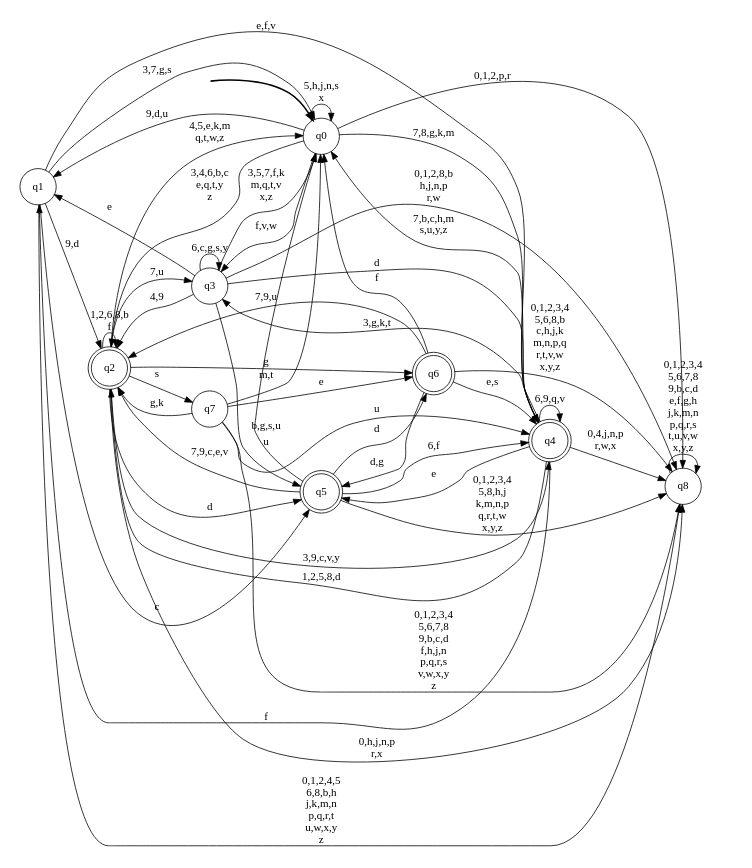
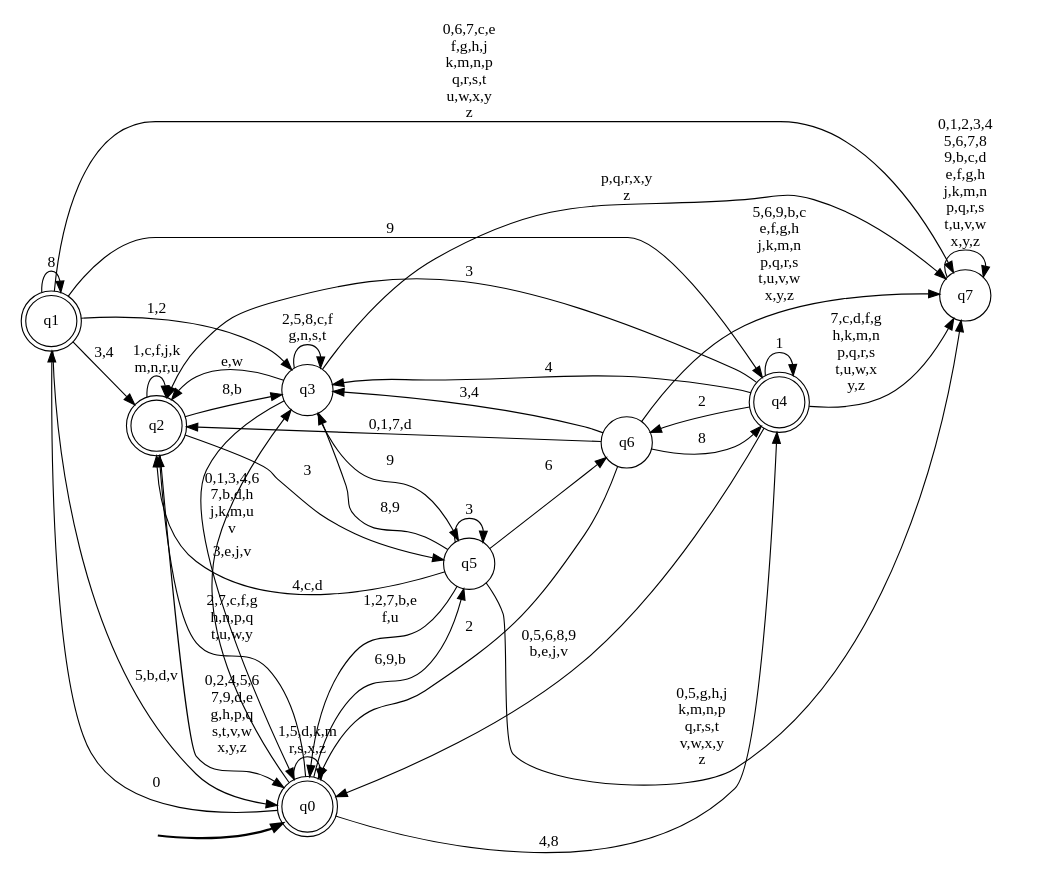
One commit to gabrer/mobility_similarity_exp changed the diagram in dfas_of_users/030.dot. Above: the diagram before and after it, drawn with Graphviz. The commit also changed 4997 other files, not shown here.

```diff
--- a/dfas_of_users/030.dot
+++ b/dfas_of_users/030.dot
@@ -1,71 +1,60 @@
 digraph DFA {
 __start0 [style = invis, shape = none, label = "", width = 0, height = 0];
 
 rankdir=LR;
 size="8,5";
 
-s0 [style="filled", color="black", fillcolor="white" shape="circle", label="q0"];
-s1 [style="filled", color="black", fillcolor="white" shape="circle", label="q1"];
+s0 [style="rounded,filled", color="black", fillcolor="white" shape="doublecircle", label="q0"];
+s1 [style="rounded,filled", color="black", fillcolor="white" shape="doublecircle", label="q1"];
 s2 [style="rounded,filled", color="black", fillcolor="white" shape="doublecircle", label="q2"];
 s3 [style="filled", color="black", fillcolor="white" shape="circle", label="q3"];
 s4 [style="rounded,filled", color="black", fillcolor="white" shape="doublecircle", label="q4"];
-s5 [style="rounded,filled", color="black", fillcolor="white" shape="doublecircle", label="q5"];
-s6 [style="rounded,filled", color="black", fillcolor="white" shape="doublecircle", label="q6"];
+s5 [style="filled", color="black", fillcolor="white" shape="circle", label="q5"];
+s6 [style="filled", color="black", fillcolor="white" shape="circle", label="q6"];
 s7 [style="filled", color="black", fillcolor="white" shape="circle", label="q7"];
-s8 [style="filled", color="black", fillcolor="white" shape="circle", label="q8"];
 subgraph cluster_main { 
 	graph [pad=".75", ranksep="0.15", nodesep="0.15"];
 	 style=invis; 
 	__start0 -> s0 [penwidth=2];
 }
-s0 -> s0 [label="5,h,j,n,s\nx"];
-s0 -> s1 [label="9,d,u"];
-s0 -> s2 [label="3,4,6,b,c\ne,q,t,y\nz"];
-s0 -> s3 [label="f,v,w"];
-s0 -> s4 [label="7,8,g,k,m"];
-s0 -> s8 [label="0,1,2,p,r"];
-s1 -> s0 [label="3,7,g,s"];
-s1 -> s2 [label="9,d"];
-s1 -> s4 [label="e,f,v"];
-s1 -> s5 [label="c"];
-s1 -> s8 [label="0,1,2,4,5\n6,8,b,h\nj,k,m,n\np,q,r,t\nu,w,x,y\nz"];
-s2 -> s0 [label="4,5,e,k,m\nq,t,w,z"];
-s2 -> s2 [label="1,2,6,8,b\nf"];
-s2 -> s3 [label="7,u"];
-s2 -> s4 [label="3,9,c,v,y"];
-s2 -> s5 [label="d"];
-s2 -> s6 [label="g"];
-s2 -> s7 [label="s"];
-s2 -> s8 [label="0,h,j,n,p\nr,x"];
-s3 -> s0 [label="3,5,7,f,k\nm,q,t,v\nx,z"];
-s3 -> s1 [label="e"];
-s3 -> s2 [label="4,9"];
-s3 -> s3 [label="6,c,g,s,y"];
-s3 -> s4 [label="d"];
-s3 -> s5 [label="u"];
-s3 -> s8 [label="0,1,2,8,b\nh,j,n,p\nr,w"];
-s4 -> s0 [label="7,b,c,h,m\ns,u,y,z"];
-s4 -> s1 [label="f"];
-s4 -> s2 [label="1,2,5,8,d"];
-s4 -> s3 [label="3,g,k,t"];
-s4 -> s4 [label="6,9,q,v"];
-s4 -> s5 [label="e"];
-s4 -> s8 [label="0,4,j,n,p\nr,w,x"];
-s5 -> s0 [label="b,g,s,u"];
-s5 -> s2 [label="7,9,c,e,v"];
-s5 -> s4 [label="6,f"];
-s5 -> s6 [label="d"];
-s5 -> s8 [label="0,1,2,3,4\n5,8,h,j\nk,m,n,p\nq,r,t,w\nx,y,z"];
-s6 -> s0 [label="f"];
-s6 -> s2 [label="7,9,u"];
-s6 -> s4 [label="e,s"];
-s6 -> s5 [label="d,g"];
-s6 -> s8 [label="0,1,2,3,4\n5,6,8,b\nc,h,j,k\nm,n,p,q\nr,t,v,w\nx,y,z"];
-s7 -> s0 [label="m,t"];
-s7 -> s2 [label="g,k"];
-s7 -> s4 [label="u"];
-s7 -> s6 [label="e"];
-s7 -> s8 [label="0,1,2,3,4\n5,6,7,8\n9,b,c,d\nf,h,j,n\np,q,r,s\nv,w,x,y\nz"];
-s8 -> s8 [label="0,1,2,3,4\n5,6,7,8\n9,b,c,d\ne,f,g,h\nj,k,m,n\np,q,r,s\nt,u,v,w\nx,y,z"];
+s0 -> s0 [label="1,5,d,k,m\nr,s,x,z"];
+s0 -> s1 [label="0"];
+s0 -> s2 [label="2,7,c,f,g\nh,n,p,q\nt,u,w,y"];
+s0 -> s3 [label="3,e,j,v"];
+s0 -> s4 [label="4,8"];
+s0 -> s5 [label="6,9,b"];
+s1 -> s0 [label="5,b,d,v"];
+s1 -> s1 [label="8"];
+s1 -> s2 [label="3,4"];
+s1 -> s3 [label="1,2"];
+s1 -> s4 [label="9"];
+s1 -> s7 [label="0,6,7,c,e\nf,g,h,j\nk,m,n,p\nq,r,s,t\nu,w,x,y\nz"];
+s2 -> s0 [label="0,2,4,5,6\n7,9,d,e\ng,h,p,q\ns,t,v,w\nx,y,z"];
+s2 -> s2 [label="1,c,f,j,k\nm,n,r,u"];
+s2 -> s3 [label="8,b"];
+s2 -> s5 [label="3"];
+s3 -> s0 [label="0,1,3,4,6\n7,b,d,h\nj,k,m,u\nv"];
+s3 -> s2 [label="e,w"];
+s3 -> s3 [label="2,5,8,c,f\ng,n,s,t"];
+s3 -> s5 [label="9"];
+s3 -> s7 [label="p,q,r,x,y\nz"];
+s4 -> s0 [label="0,5,6,8,9\nb,e,j,v"];
+s4 -> s2 [label="3"];
+s4 -> s3 [label="4"];
+s4 -> s4 [label="1"];
+s4 -> s6 [label="2"];
+s4 -> s7 [label="7,c,d,f,g\nh,k,m,n\np,q,r,s\nt,u,w,x\ny,z"];
+s5 -> s0 [label="1,2,7,b,e\nf,u"];
+s5 -> s2 [label="4,c,d"];
+s5 -> s3 [label="8,9"];
+s5 -> s5 [label="3"];
+s5 -> s6 [label="6"];
+s5 -> s7 [label="0,5,g,h,j\nk,m,n,p\nq,r,s,t\nv,w,x,y\nz"];
+s6 -> s0 [label="2"];
+s6 -> s2 [label="0,1,7,d"];
+s6 -> s3 [label="3,4"];
+s6 -> s4 [label="8"];
+s6 -> s7 [label="5,6,9,b,c\ne,f,g,h\nj,k,m,n\np,q,r,s\nt,u,v,w\nx,y,z"];
+s7 -> s7 [label="0,1,2,3,4\n5,6,7,8\n9,b,c,d\ne,f,g,h\nj,k,m,n\np,q,r,s\nt,u,v,w\nx,y,z"];
 
 }
```
